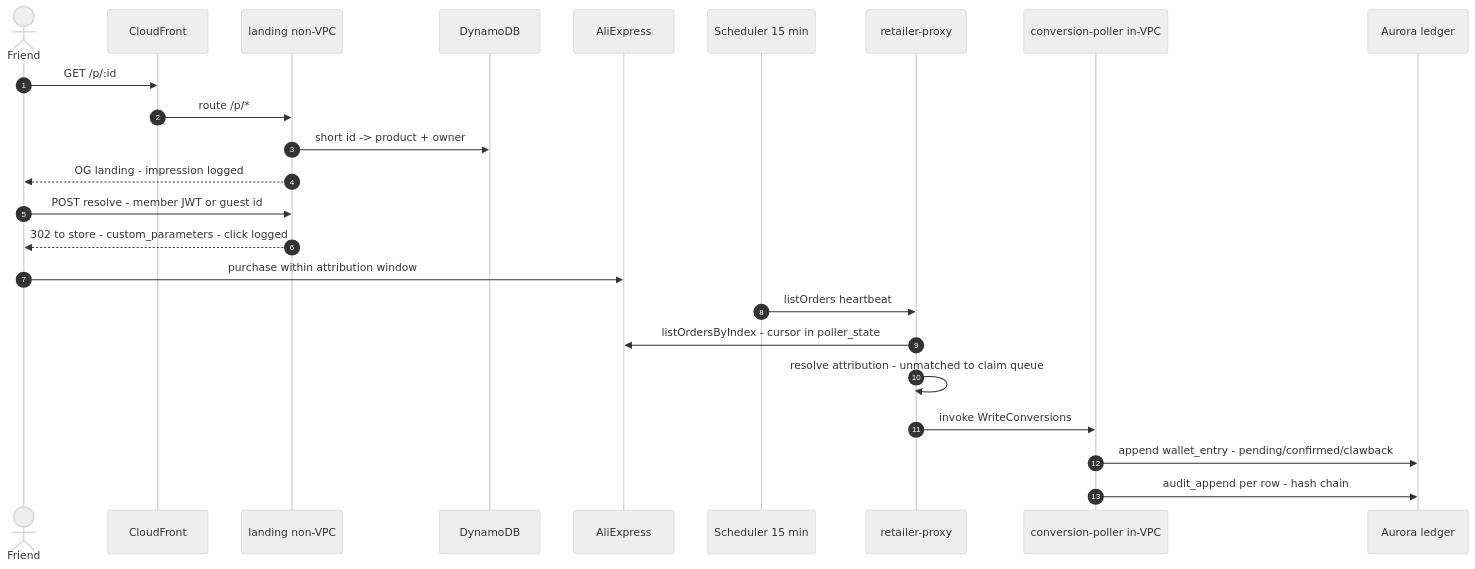
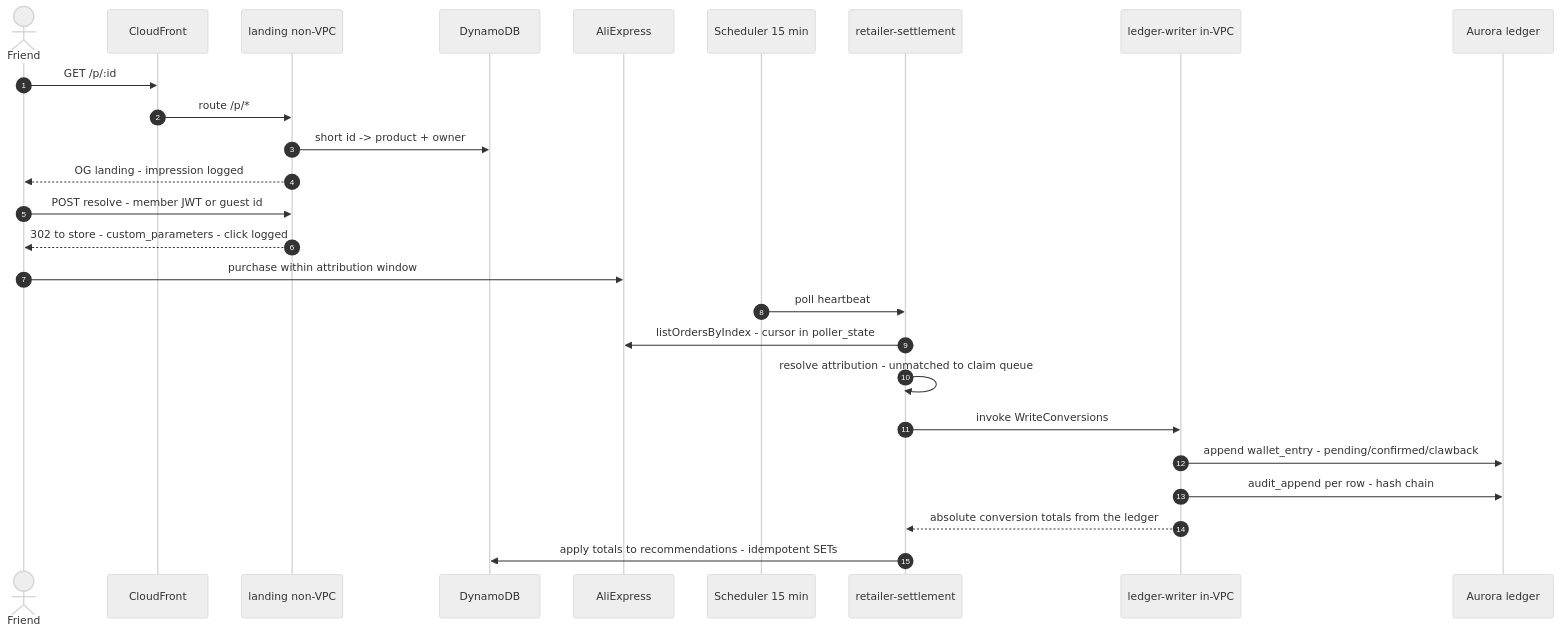
The fourth of 6 diagrams in slides/presentation.md (wanthat-app/monorepo), drawn with Mermaid (neutral theme) before and after one commit. The commit also changed other lines of this file and 22 other files, not shown here.

First line of the commit message:
docs(refactor): rewrite ADRs + architecture docs + slides for the 15-function topology (refactor PR 9/9) (#197)

````diff
--- a/slides/presentation.md
+++ b/slides/presentation.md
@@ -474,27 +483,29 @@
 ```mermaid
 sequenceDiagram
   autonumber
   actor Friend
   participant CF as CloudFront
   participant L as landing non-VPC
   participant DB as DynamoDB
   participant AE as AliExpress
   participant SCH as Scheduler 15 min
-  participant RP as retailer-proxy
-  participant W as conversion-poller in-VPC
+  participant RS as retailer-settlement
+  participant W as ledger-writer in-VPC
   participant PG as Aurora ledger
 
   Friend->>CF: GET /p/:id
   CF->>L: route /p/*
   L->>DB: short id -> product + owner
   L-->>Friend: OG landing - impression logged
   Friend->>L: POST resolve - member JWT or guest id
   L-->>Friend: 302 to store - custom_parameters - click logged
   Friend->>AE: purchase within attribution window
-  SCH->>RP: listOrders heartbeat
-  RP->>AE: listOrdersByIndex - cursor in poller_state
-  RP->>RP: resolve attribution - unmatched to claim queue
-  RP->>W: invoke WriteConversions
+  SCH->>RS: poll heartbeat
+  RS->>AE: listOrdersByIndex - cursor in poller_state
+  RS->>RS: resolve attribution - unmatched to claim queue
+  RS->>W: invoke WriteConversions
   W->>PG: append wallet_entry - pending/confirmed/clawback
   W->>PG: audit_append per row - hash chain
+  W-->>RS: absolute conversion totals from the ledger
+  RS->>DB: apply totals to recommendations - idempotent SETs
 ```
````
